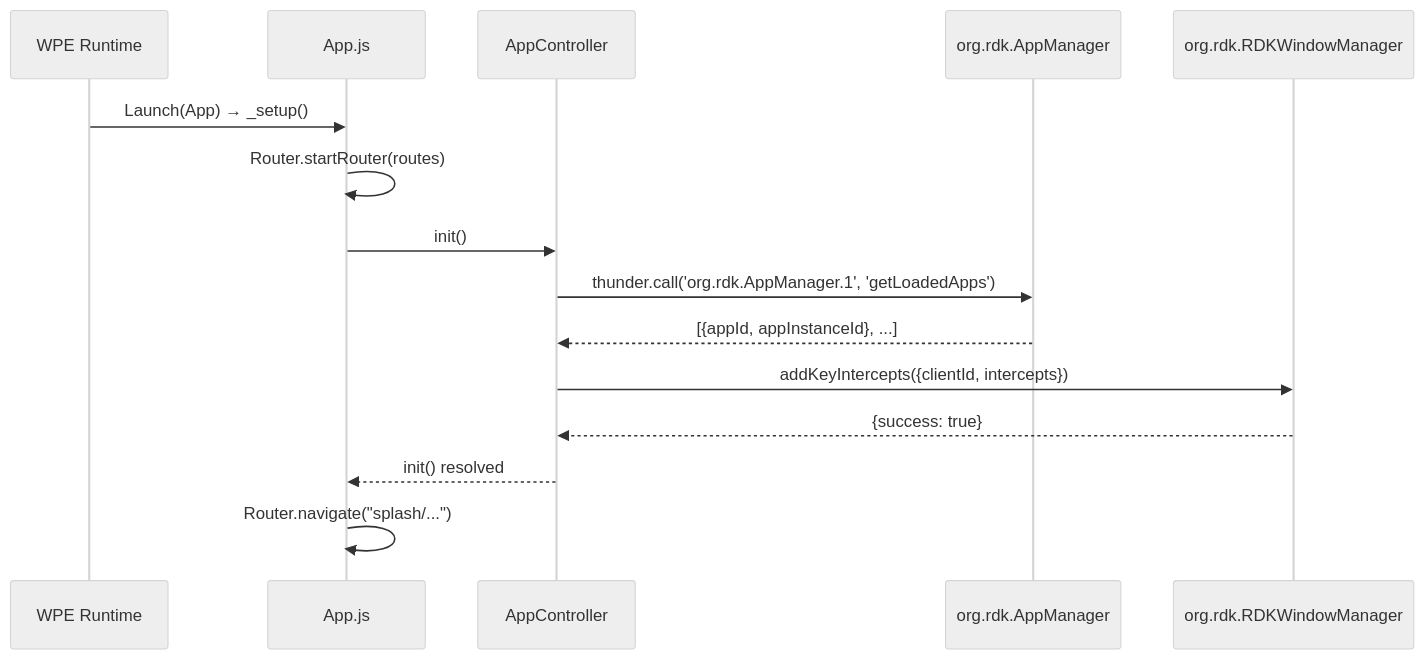
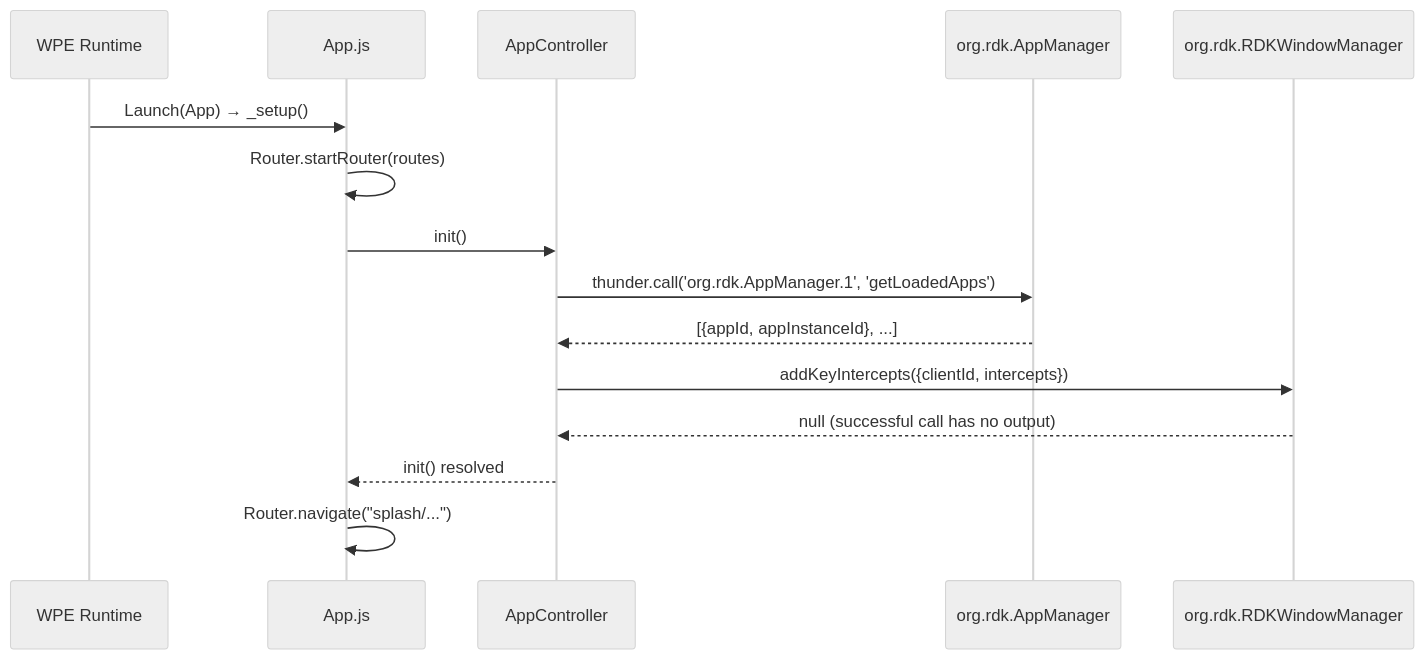
Before and after one commit to rdkcentral/rdke-refui: the fourth of 8 diagrams in docs/README.md, drawn with Mermaid (neutral theme). The commit also changed other lines of this file, not shown here.

````diff
--- a/docs/README.md
+++ b/docs/README.md
@@ -266,18 +266,18 @@
 ```mermaid
 sequenceDiagram
     participant Runtime as WPE Runtime
     participant App as App.js
     participant AppCtrl as AppController
     participant AppMgr as org.rdk.AppManager
     participant WM as org.rdk.RDKWindowManager
 
     Runtime->>App: Launch(App) → _setup()
     App->>App: Router.startRouter(routes)
     App->>AppCtrl: init()
     AppCtrl->>AppMgr: thunder.call('org.rdk.AppManager.1', 'getLoadedApps')
     AppMgr-->>AppCtrl: [{appId, appInstanceId}, ...]
     AppCtrl->>WM: addKeyIntercepts({clientId, intercepts})
-    WM-->>AppCtrl: {success: true}
+    WM-->>AppCtrl: null (successful call has no output)
     AppCtrl-->>App: init() resolved
     App->>App: Router.navigate("splash/...")
 ```
````
